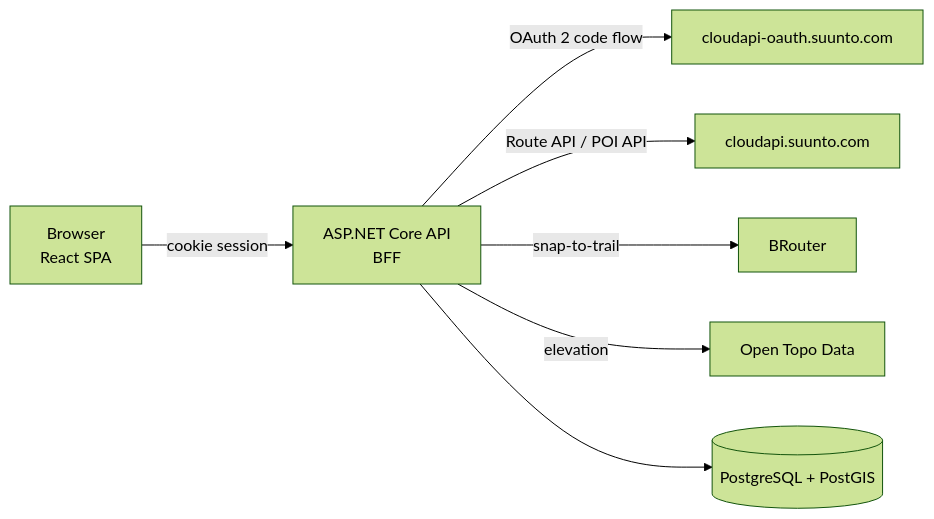
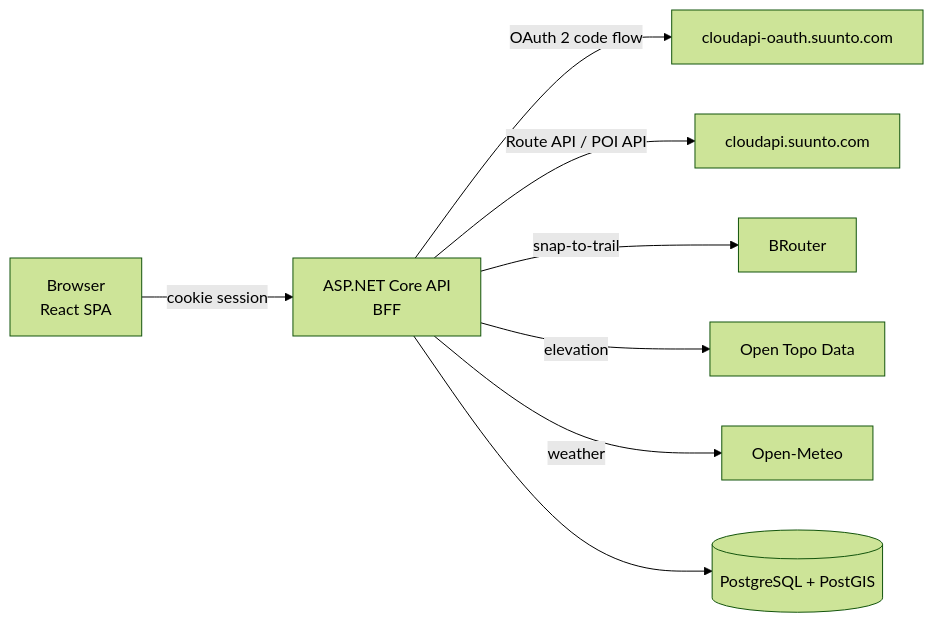
One commit to panoskrt/atrapos changed the diagram in README.md. Above: the diagram before and after it, drawn with Mermaid (forest theme). The commit also changed other lines of this file and 16 other files, not shown here.

Commit message:
Weather tab added. Forecast by open meteo. Initial implementation.

````diff
--- a/README.md
+++ b/README.md
@@ -60,9 +61,10 @@
 ```mermaid
 flowchart LR
   B[Browser<br/>React SPA] -- cookie session --> A[ASP.NET Core API<br/>BFF]
   A -- OAuth 2 code flow --> O[cloudapi-oauth.suunto.com]
   A -- Route API / POI API --> S[cloudapi.suunto.com]
   A -- snap-to-trail --> R[BRouter]
   A -- elevation --> E[Open Topo Data]
+  A -- weather --> W[Open-Meteo]
   A --> D[(PostgreSQL + PostGIS)]
 ```
````
